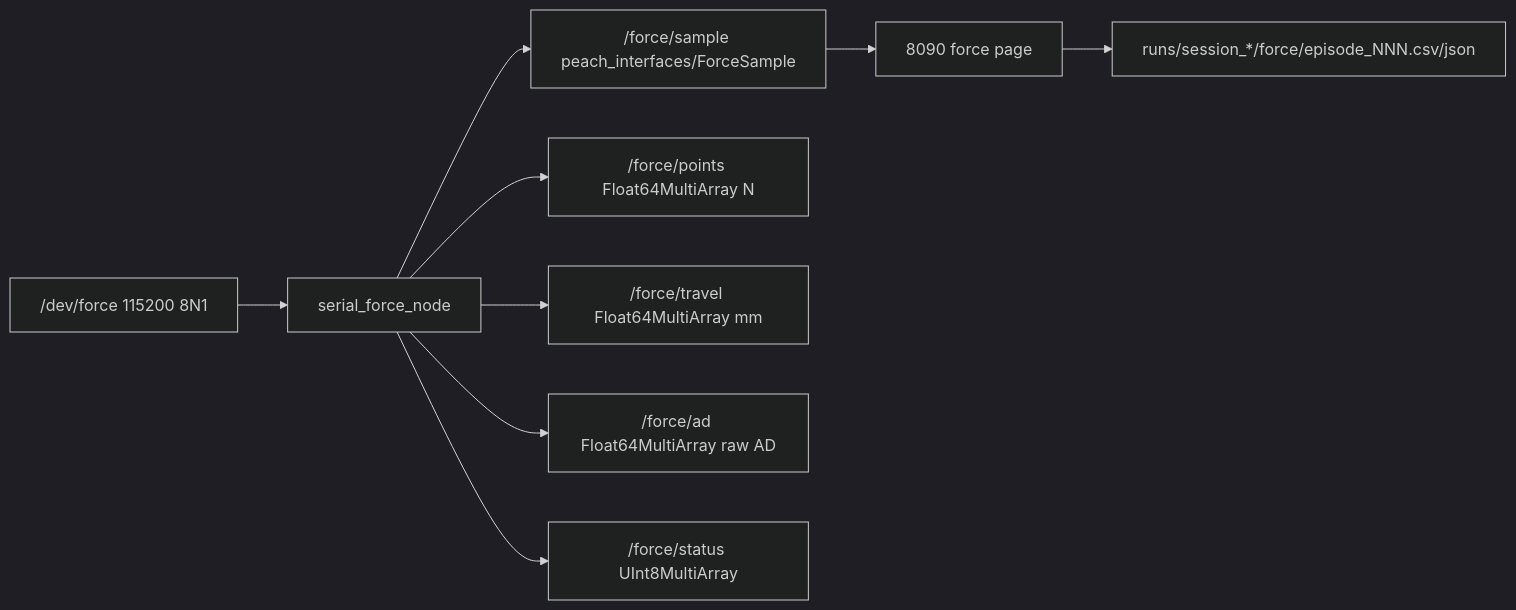
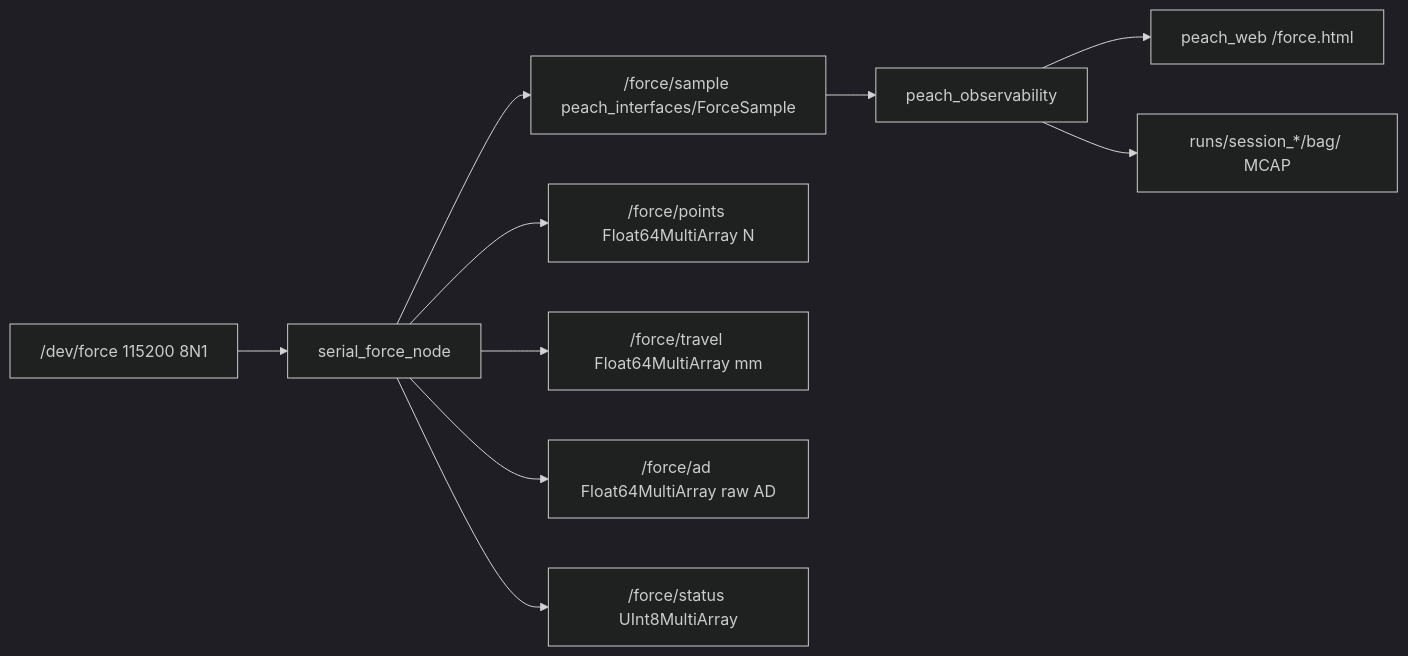
Before and after one commit to MUHAN11-c/aubo_boot: the diagram in src/serial_force/doc/io.md, drawn with Mermaid (dark theme). The commit also changed other lines of this file and 268 other files, not shown here.

````diff
--- a/src/serial_force/doc/io.md
+++ b/src/serial_force/doc/io.md
@@ -6,11 +6,12 @@
 ```mermaid
 flowchart LR
   dev["/dev/force 115200 8N1"] --> node["serial_force_node"]
   node --> s["/force/sample peach_interfaces/ForceSample"]
   node --> p["/force/points Float64MultiArray N"]
   node --> t["/force/travel Float64MultiArray mm"]
   node --> a["/force/ad Float64MultiArray raw AD"]
   node --> st["/force/status UInt8MultiArray"]
-  s --> web["8090 force page"]
-  web --> rec["runs/session_*/force/episode_NNN.csv/json"]
+  s --> obs["peach_observability"]
+  obs --> web["peach_web /force.html"]
+  obs --> rec["runs/session_*/bag/ MCAP"]
 ```
````
